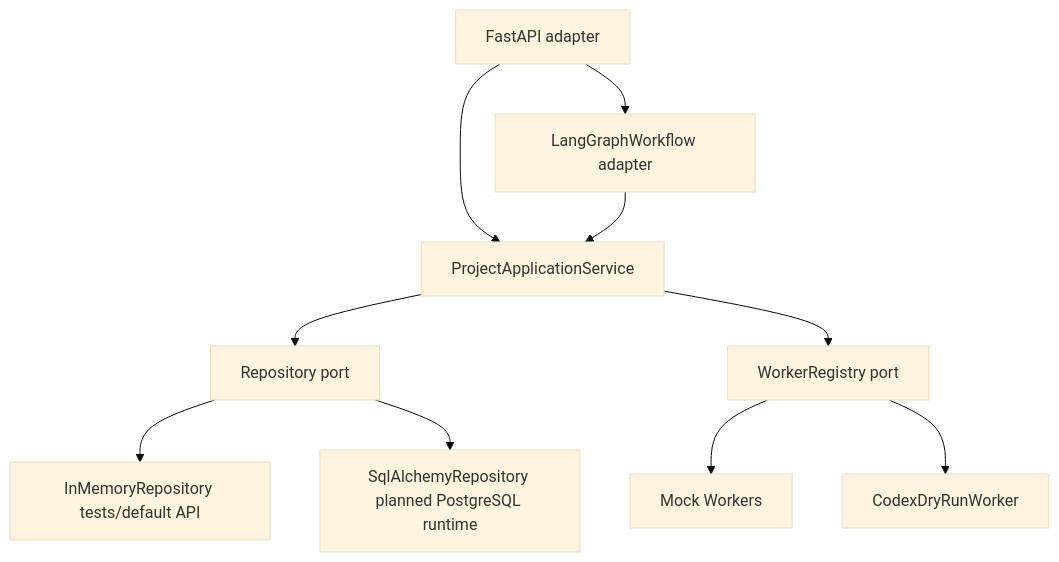
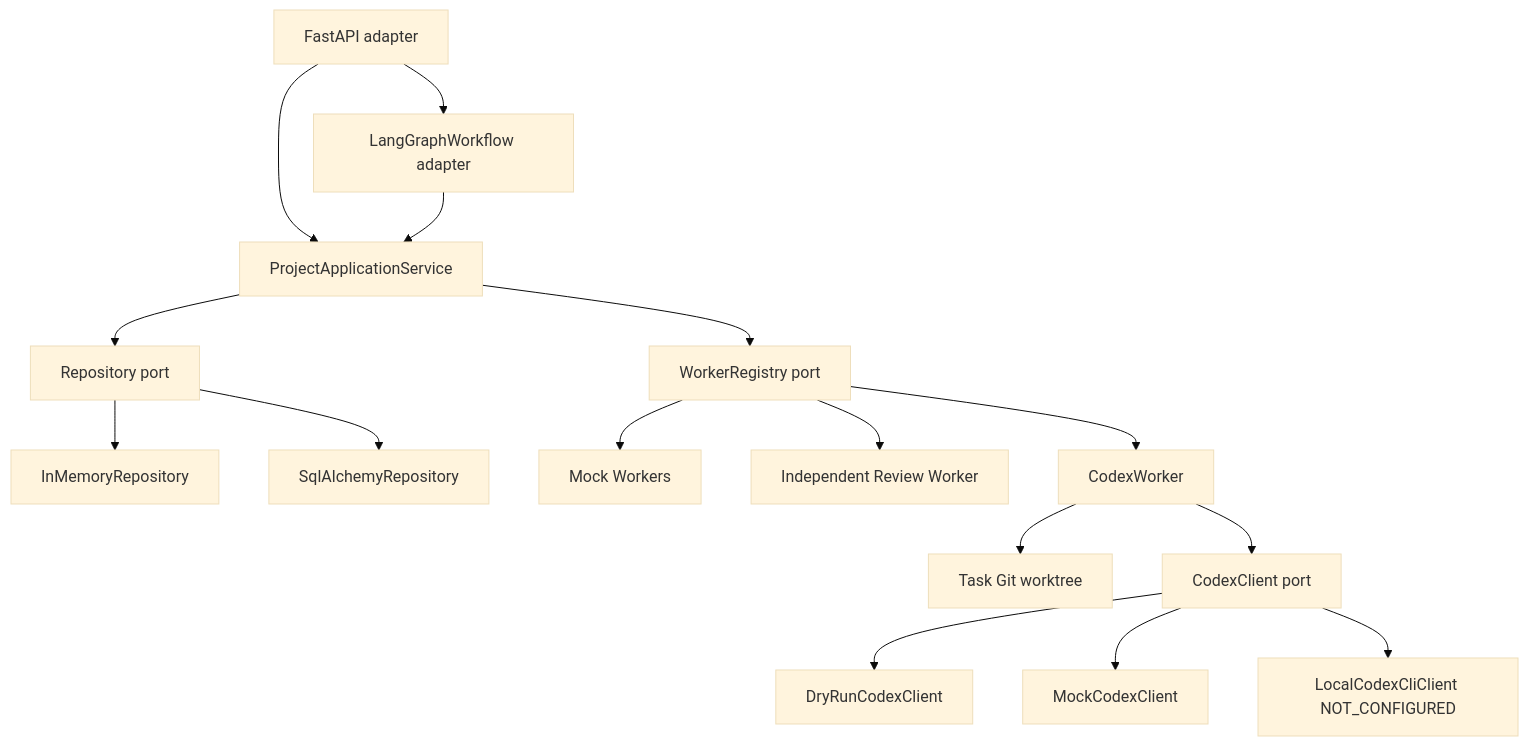
Before and after one commit to bjdnm1377/AIOrganization: the diagram in docs/ARCHITECTURE_OVERVIEW.md, drawn with Mermaid (base theme). The commit also changed other lines of this file and 41 other files, not shown here.

Commit message:
Add isolated Codex mock worker

````diff
--- a/docs/ARCHITECTURE_OVERVIEW.md
+++ b/docs/ARCHITECTURE_OVERVIEW.md
@@ -29,12 +32,18 @@
 ```mermaid
 flowchart TD
     API["FastAPI adapter"] --> App["ProjectApplicationService"]
+    API --> LG["LangGraphWorkflow adapter"]
+    LG --> App
     App --> Repo["Repository port"]
     App --> Workers["WorkerRegistry port"]
-    API --> LG["LangGraphWorkflow adapter"]
-    LG --> App
-    Repo --> Memory["InMemoryRepository tests/default API"]
-    Repo --> PG["SqlAlchemyRepository planned PostgreSQL runtime"]
+    Repo --> Memory["InMemoryRepository"]
+    Repo --> PG["SqlAlchemyRepository"]
     Workers --> Mock["Mock Workers"]
-    Workers --> Codex["CodexDryRunWorker"]
+    Workers --> Review["Independent Review Worker"]
+    Workers --> Codex["CodexWorker"]
+    Codex --> Worktree["Task Git worktree"]
+    Codex --> Client["CodexClient port"]
+    Client --> DryRun["DryRunCodexClient"]
+    Client --> MockCodex["MockCodexClient"]
+    Client --> LocalStub["LocalCodexCliClient NOT_CONFIGURED"]
 ```
````
